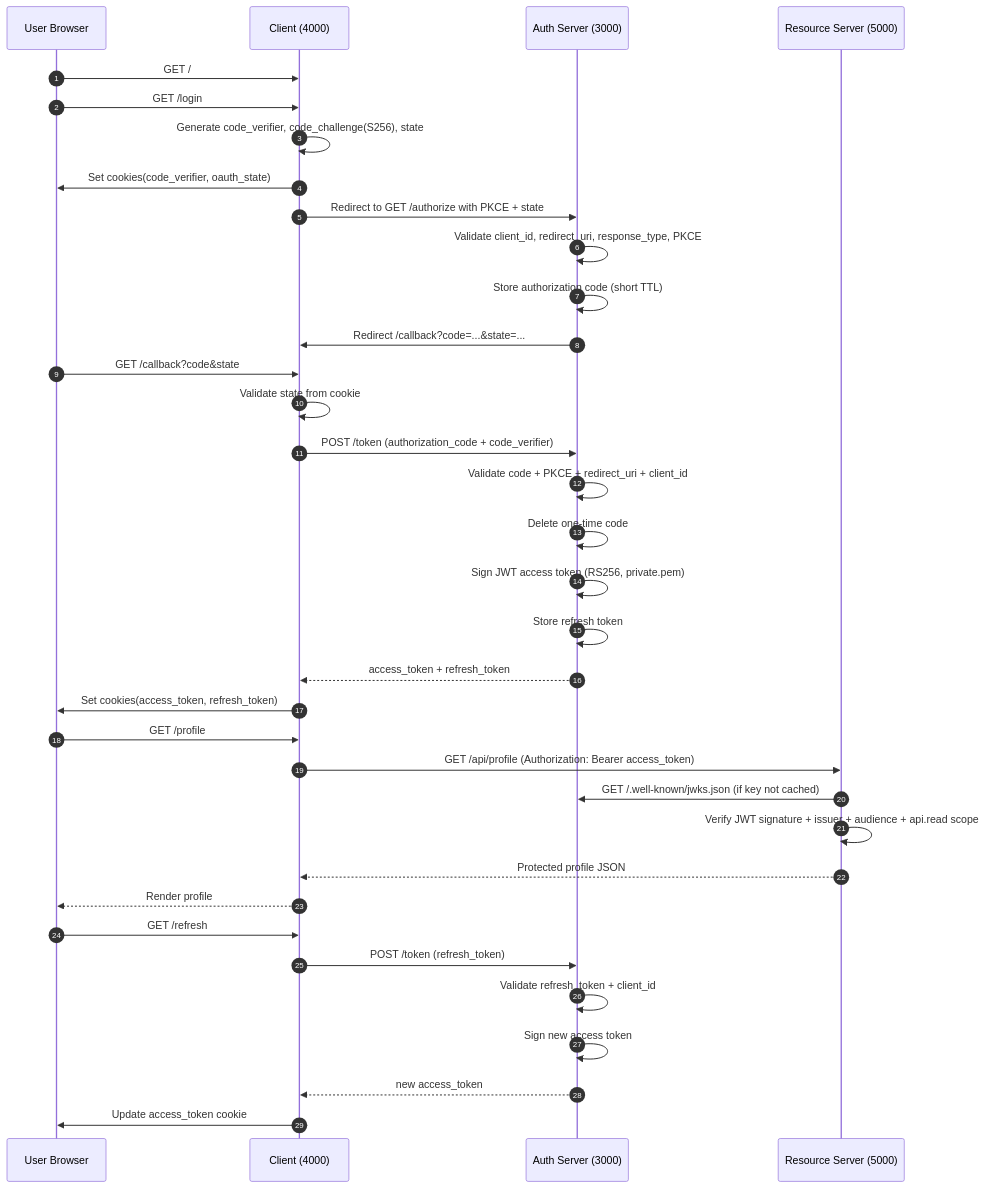
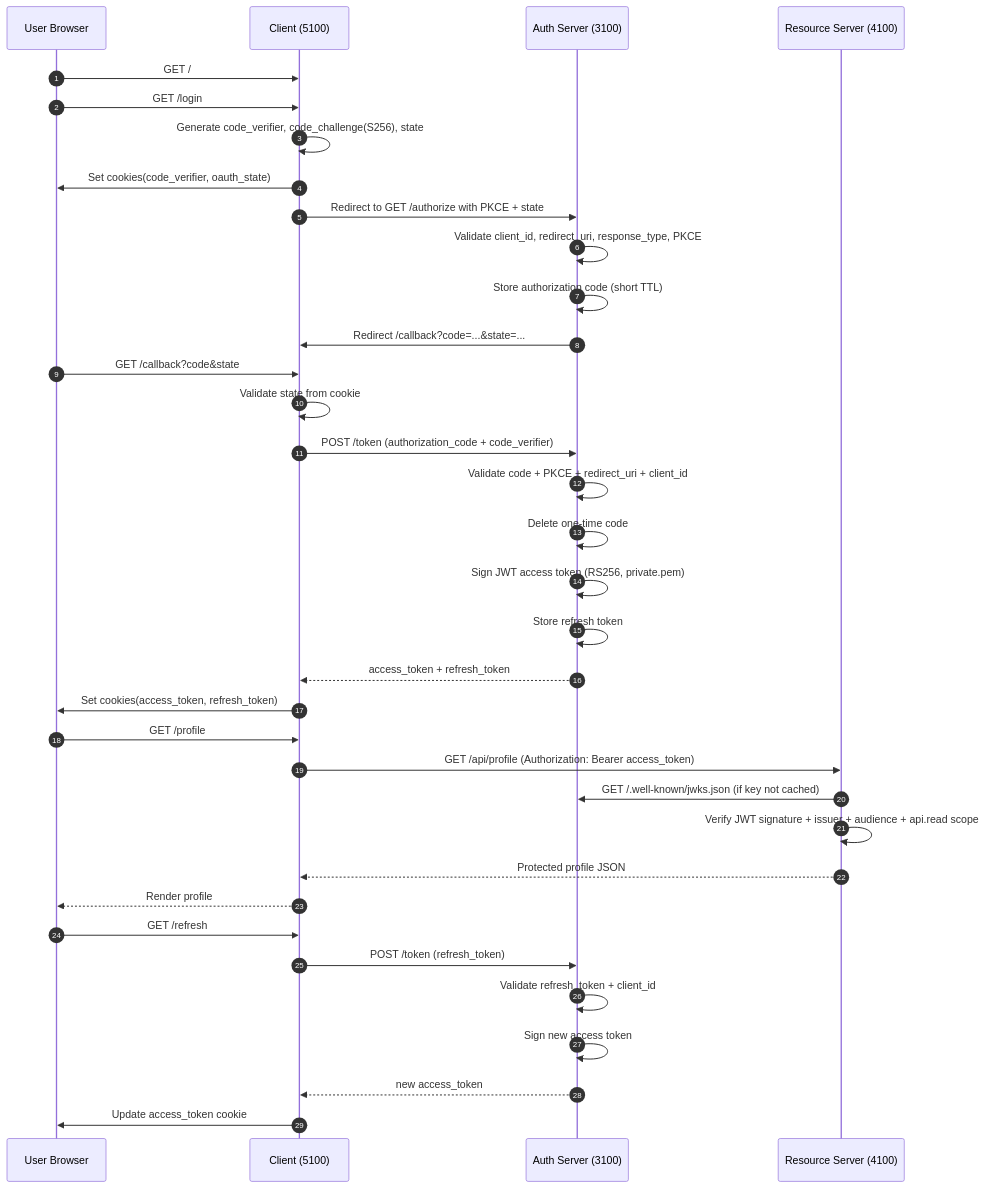
Before and after one commit to losamtz/oauth2-learning: the second of 2 diagrams in README.md, drawn with Mermaid. The commit also changed other lines of this file and 3 other files, not shown here.

````diff
--- a/README.md
+++ b/README.md
@@ -82,41 +89,41 @@
 ```mermaid
 sequenceDiagram
     autonumber
     participant U as User Browser
-    participant C as Client (4000)
-    participant A as Auth Server (3000)
-    participant R as Resource Server (5000)
+    participant C as Client (5100)
+    participant A as Auth Server (3100)
+    participant R as Resource Server (4100)
 
     U->>C: GET /
     U->>C: GET /login
     C->>C: Generate code_verifier, code_challenge(S256), state
     C->>U: Set cookies(code_verifier, oauth_state)
     C->>A: Redirect to GET /authorize with PKCE + state
     A->>A: Validate client_id, redirect_uri, response_type, PKCE
     A->>A: Store authorization code (short TTL)
     A->>C: Redirect /callback?code=...&state=...
 
     U->>C: GET /callback?code&state
     C->>C: Validate state from cookie
     C->>A: POST /token (authorization_code + code_verifier)
     A->>A: Validate code + PKCE + redirect_uri + client_id
     A->>A: Delete one-time code
     A->>A: Sign JWT access token (RS256, private.pem)
     A->>A: Store refresh token
     A-->>C: access_token + refresh_token
     C->>U: Set cookies(access_token, refresh_token)
 
     U->>C: GET /profile
     C->>R: GET /api/profile (Authorization: Bearer access_token)
     R->>A: GET /.well-known/jwks.json (if key not cached)
     R->>R: Verify JWT signature + issuer + audience + api.read scope
     R-->>C: Protected profile JSON
     C-->>U: Render profile
 
     U->>C: GET /refresh
     C->>A: POST /token (refresh_token)
     A->>A: Validate refresh_token + client_id
     A->>A: Sign new access token
     A-->>C: new access_token
     C->>U: Update access_token cookie
 ```
````
